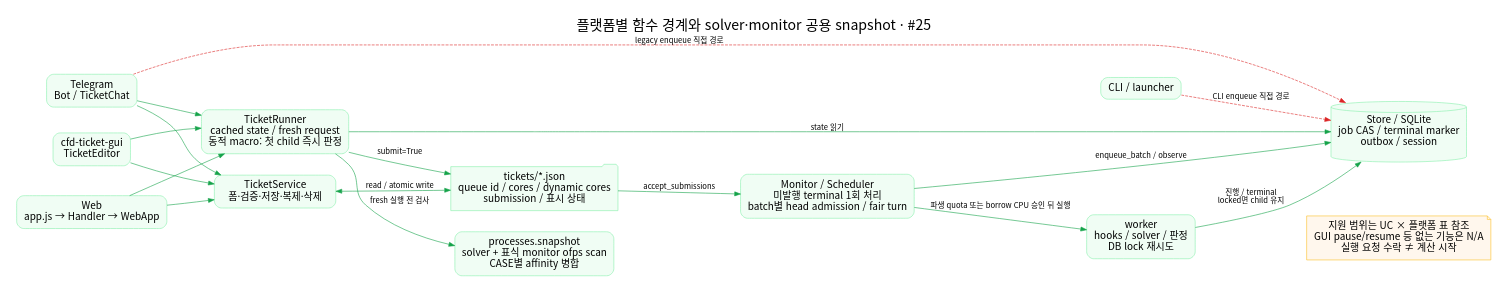
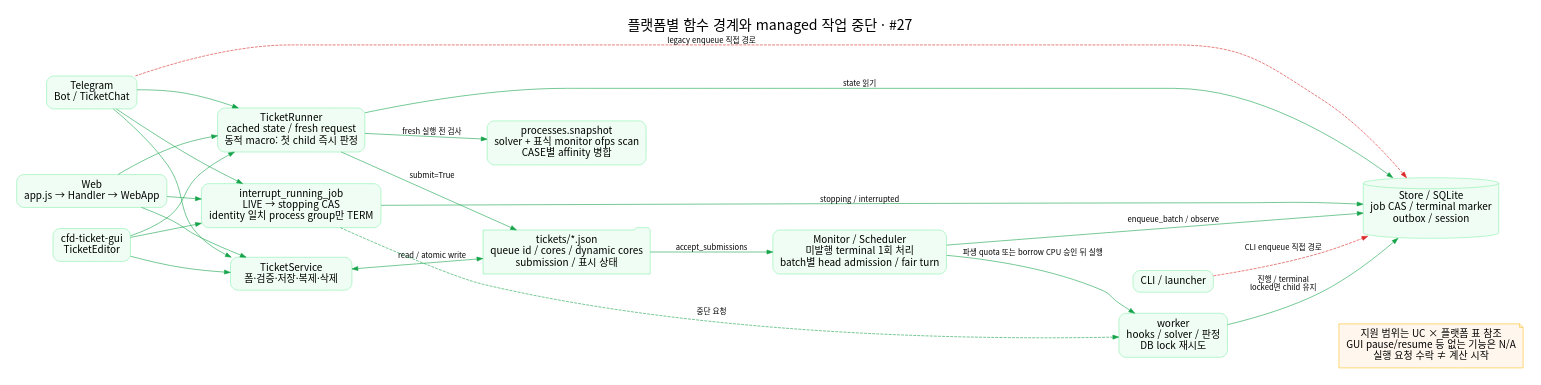
One commit to jo0n-lab/cfd-bot changed the diagram in docs/diagrams/platform-architecture.dot. Above: the diagram before and after it, drawn with Graphviz. The commit also changed 47 other files, not shown here.

Commit message:
feat: stop running managed jobs safely

```diff
--- a/docs/diagrams/platform-architecture.dot
+++ b/docs/diagrams/platform-architecture.dot
@@ -1,30 +1,34 @@
 digraph platform {
- graph [rankdir=LR,bgcolor=white,pad=.3,nodesep=.5,ranksep=.8,fontname="Noto Sans CJK KR",fontsize=24,label="플랫폼별 함수 경계와 solver·monitor 공용 snapshot · #25",labelloc=t];
+ graph [rankdir=LR,bgcolor=white,pad=.3,nodesep=.5,ranksep=.8,fontname="Noto Sans CJK KR",fontsize=24,label="플랫폼별 함수 경계와 managed 작업 중단 · #27",labelloc=t];
  node [shape=box,style="rounded,filled",fillcolor="#f0fdf4",color="#86efac",fontname="Noto Sans CJK KR",fontsize=17,margin=".18,.12"];
  edge [fontname="Noto Sans CJK KR",fontsize=13,color="#16a34a"];
  tg [label="Telegram\nBot / TicketChat",URL="lld/telegram.md"];
  gui [label="cfd-ticket-gui\nTicketEditor",URL="lld/gui.md"];
  web [label="Web\napp.js → Handler → WebApp",URL="lld/web.md"];
  cli [label="CLI / launcher",URL="lld/runtime.md"];
  service [label="TicketService\n폼·검증·저장·복제·삭제",URL="diagrams/D-02.svg"];
  run [label="TicketRunner\ncached state / fresh request\n동적 macro: 첫 child 즉시 판정",URL="diagrams/D-03.svg"];
  store [shape=cylinder,label="Store / SQLite\njob CAS / terminal marker\noutbox / session"];
+ stop [label="interrupt_running_job\nLIVE → stopping CAS\nidentity 일치 process group만 TERM",URL="diagrams/D-16.svg"];
  json [shape=folder,label="tickets/*.json\nqueue id / cores / dynamic cores\nsubmission / 표시 상태"];
  snapshot [label="processes.snapshot\nsolver + 표식 monitor ofps scan\nCASE별 affinity 병합",URL="diagrams/D-04.svg"];
  monitor [label="Monitor / Scheduler\n미발행 terminal 1회 처리\nbatch별 head admission / fair turn",URL="diagrams/BG-04.svg"];
  worker [label="worker\nhooks / solver / 판정\nDB lock 재시도",URL="diagrams/BG-05.svg"];
  tg -> service;gui -> service;web -> service;
  tg -> run;gui -> run;web -> run;
+ tg -> stop;gui -> stop;web -> stop;
+ stop -> store [label="stopping / interrupted"];
+ stop -> worker [label="중단 요청",style=dashed];
  service -> json [label="read / atomic write",dir=both];
  run -> snapshot [label="fresh 실행 전 검사"];
  run -> json [label="submit=True"];
  run -> store [label="state 읽기"];
  json -> monitor [label="accept_submissions"];
  monitor -> store [label="enqueue_batch / observe"];
  monitor -> worker [label="파생 quota 또는 borrow CPU 승인 뒤 실행"];
  worker -> store [label="진행 / terminal\nlocked면 child 유지"];
  tg -> store [label="legacy enqueue 직접 경로",color="#dc2626",style=dashed];
  cli -> store [label="CLI enqueue 직접 경로",color="#dc2626",style=dashed];
  note [shape=note,label="지원 범위는 UC × 플랫폼 표 참조\nGUI pause/resume 등 없는 기능은 N/A\n실행 요청 수락 ≠ 계산 시작",fillcolor="#fff7ed",color="#fbbf24"];
  worker -> note [style=invis];
 }
```
